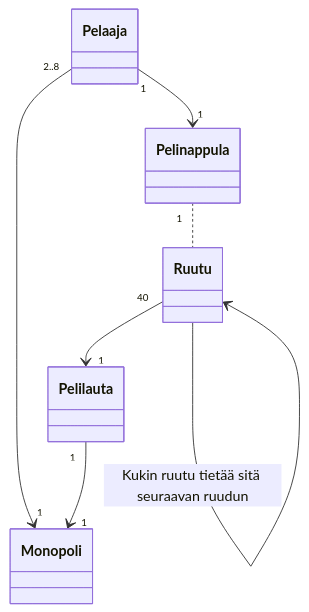
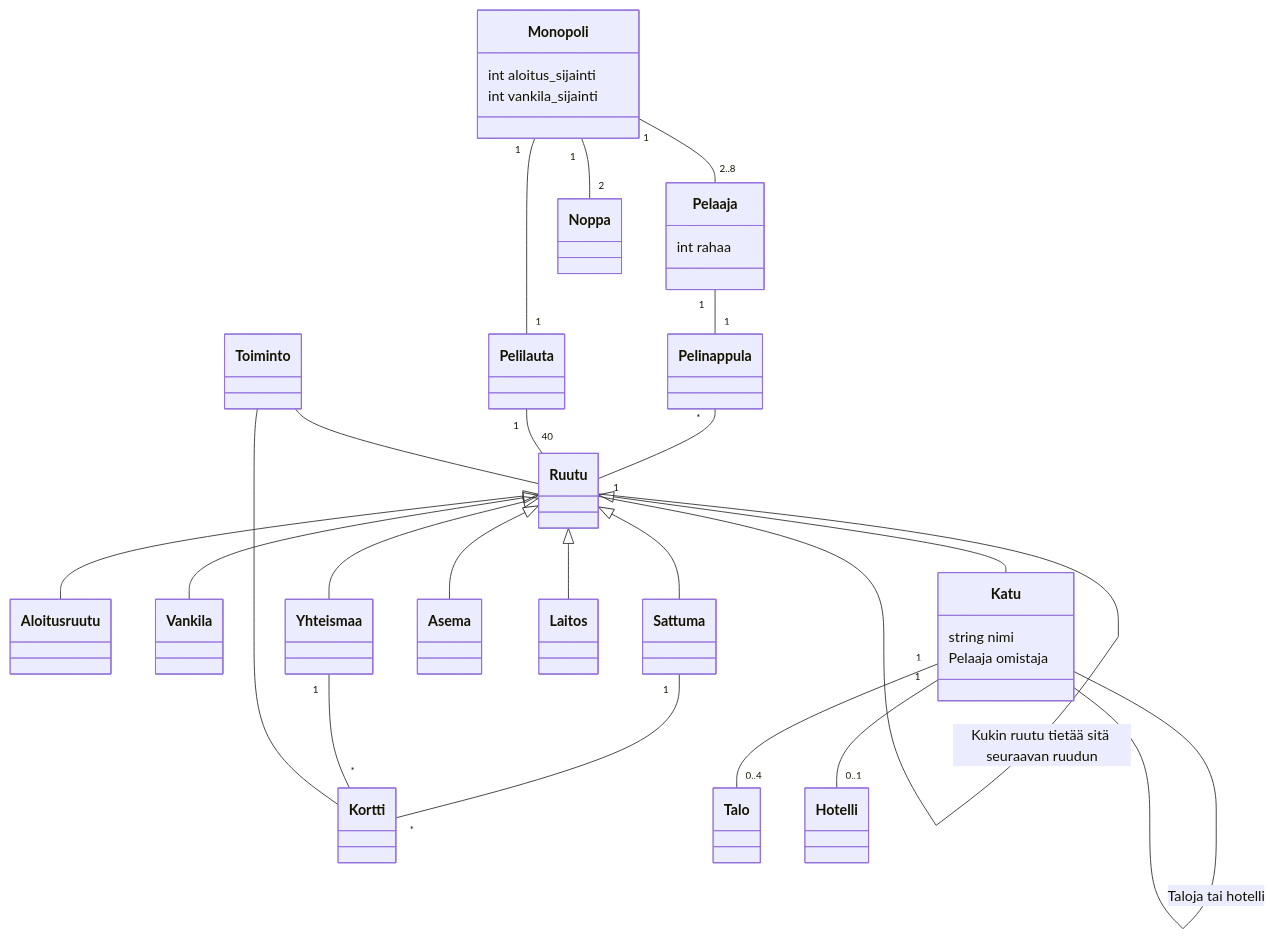
One commit to kuussant/ot-harjoitustyo changed the diagram in laskarit/viikko3/monopoli.md. Above: the diagram before and after it, drawn with Mermaid.

````diff
--- a/laskarit/viikko3/monopoli.md
+++ b/laskarit/viikko3/monopoli.md
@@ -1,9 +1,29 @@
 ```mermaid
   classDiagram
-      Pelaaja "2..8" --> "1" Monopoli
-      Pelilauta "1" --> "1" Monopoli
-      Ruutu "40" --> "1" Pelilauta
-      Ruutu --> Ruutu : Kukin ruutu tietää sitä seuraavan ruudun
-      Pelaaja "1" --> "1" Pelinappula
-      Pelinappula "1" .. Ruutu
+      Monopoli "1" -- "2..8" Pelaaja
+      Monopoli "1" -- "1" Pelilauta
+      Monopoli "1" -- "2" Noppa
+      Monopoli : int aloitus_sijainti
+      Monopoli : int vankila_sijainti
+      Pelaaja : int rahaa
+      Pelaaja "1" -- "1" Pelinappula
+      Pelinappula "*" -- "1" Ruutu
+      Pelilauta "1" -- "40" Ruutu
+      Ruutu -- Ruutu : Kukin ruutu tietää sitä seuraavan ruudun
+      Toiminto -- Ruutu
+      Ruutu <|-- Aloitusruutu
+      Ruutu <|-- Vankila
+      Ruutu <|-- Sattuma
+      Ruutu <|-- Yhteismaa
+      Ruutu <|-- Asema
+      Ruutu <|-- Laitos
+      Ruutu <|-- Katu
+      Sattuma "1" -- "*" Kortti
+      Yhteismaa "1" -- "*" Kortti
+      Toiminto -- Kortti
+      Katu : string nimi
+      Katu : Pelaaja omistaja
+      Katu -- Katu : Taloja tai hotelli
+      Katu "1" -- "0..4" Talo
+      Katu "1" -- "0..1" Hotelli
 ```
````
